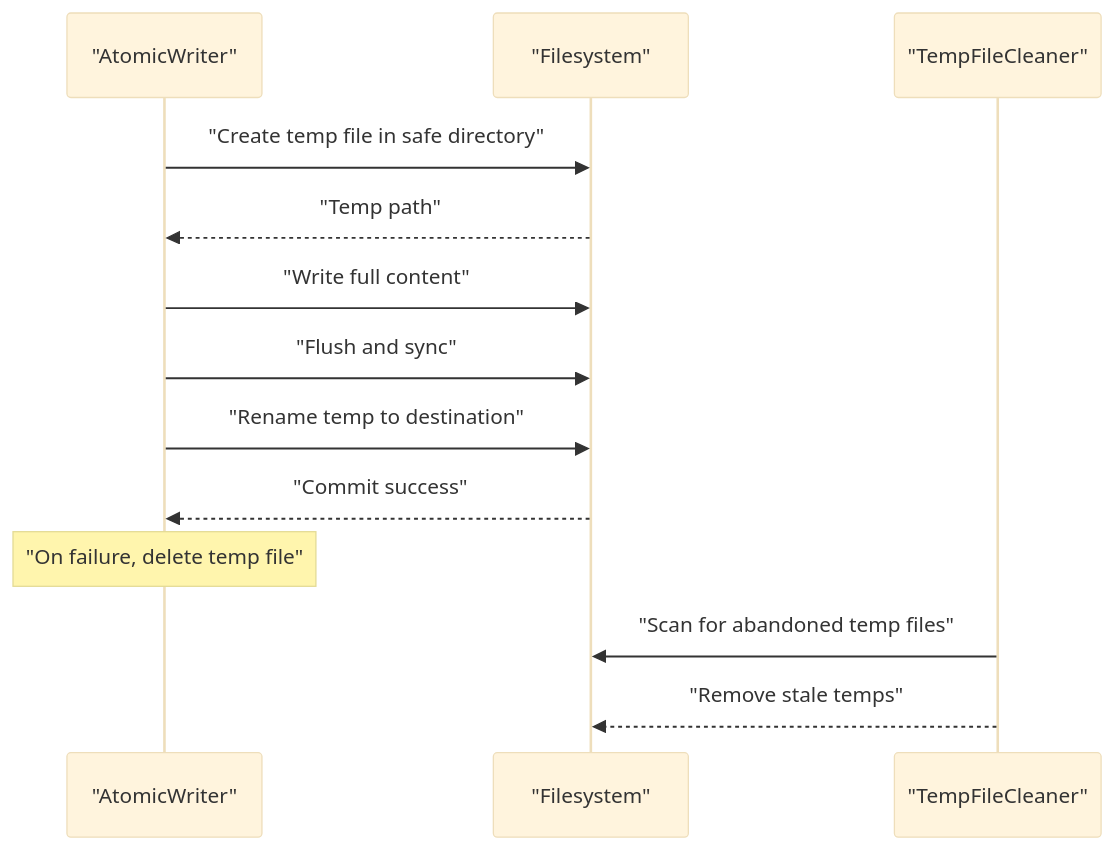
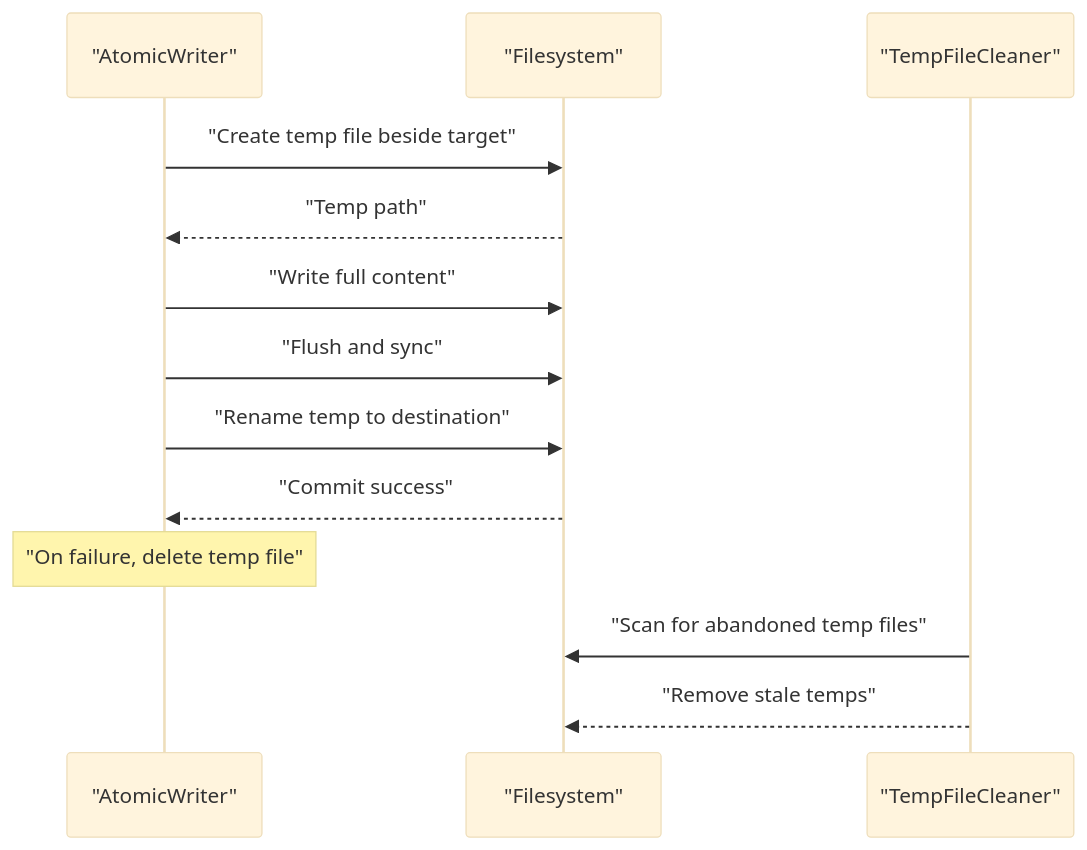
The fourth of 8 diagrams in Storage System/Storage System.md (Kuldeep2822k/palee-architecture), drawn with Mermaid (base theme) before and after one commit. The commit also changed other lines of this file and 7 other files, not shown here.

````diff
--- a/Storage System/Storage System.md
+++ b/Storage System/Storage System.md
@@ -250,16 +205,16 @@
 ```mermaid
 sequenceDiagram
   participant Writer as "AtomicWriter"
   participant FS as "Filesystem"
   participant Cleaner as "TempFileCleaner"
 
-  Writer->>FS: "Create temp file in safe directory"
+  Writer->>FS: "Create temp file beside target"
   FS-->>Writer: "Temp path"
   Writer->>FS: "Write full content"
   Writer->>FS: "Flush and sync"
   Writer->>FS: "Rename temp to destination"
   FS-->>Writer: "Commit success"
   Note over Writer: "On failure, delete temp file"
   Cleaner->>FS: "Scan for abandoned temp files"
   Cleaner-->>FS: "Remove stale temps"
 ```
````
